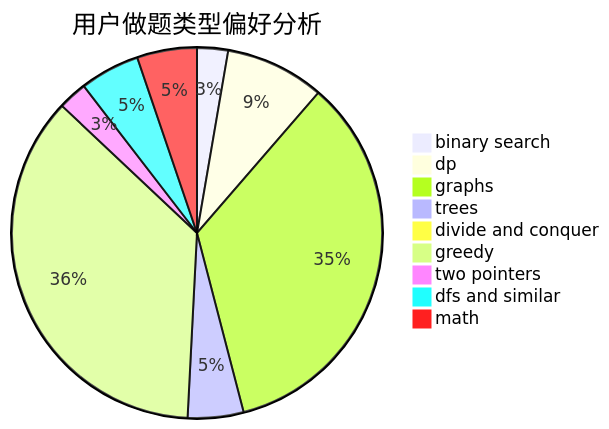
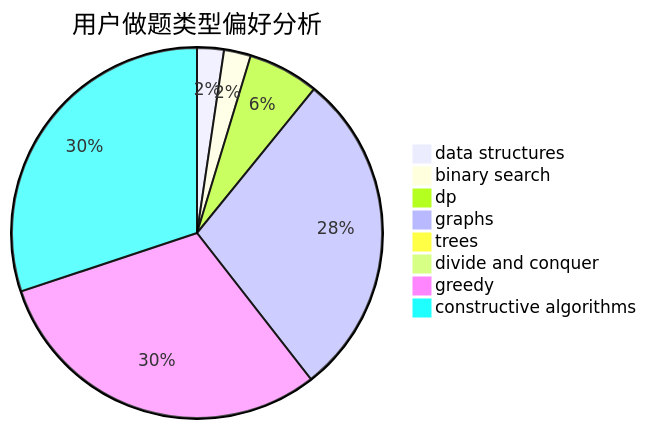
The second of 3 diagrams in docs/user/u3.md (sherpahu/cfrs.github.io), drawn with Mermaid before and after one commit. The commit also changed other lines of this file and 2775 other files, not shown here.

````diff
--- a/docs/user/u3.md
+++ b/docs/user/u3.md
@@ -23,12 +23,11 @@
 ```mermaid
 pie title 用户做题类型偏好分析
-    "binary search" :  15
-    "dp" :  48
-    "graphs" :  192
-    "trees" :  27
+    "data structures" :  14
+    "binary search" :  14
+    "dp" :  37
+    "graphs" :  171
+    "trees" :  6
     "divide and conquer" :  0
-    "greedy" :  201
-    "two pointers" :  14
-    "dfs and similar" :  29
-    "math" :  29
+    "greedy" :  182
+    "constructive algorithms" :  180
 ```
````
